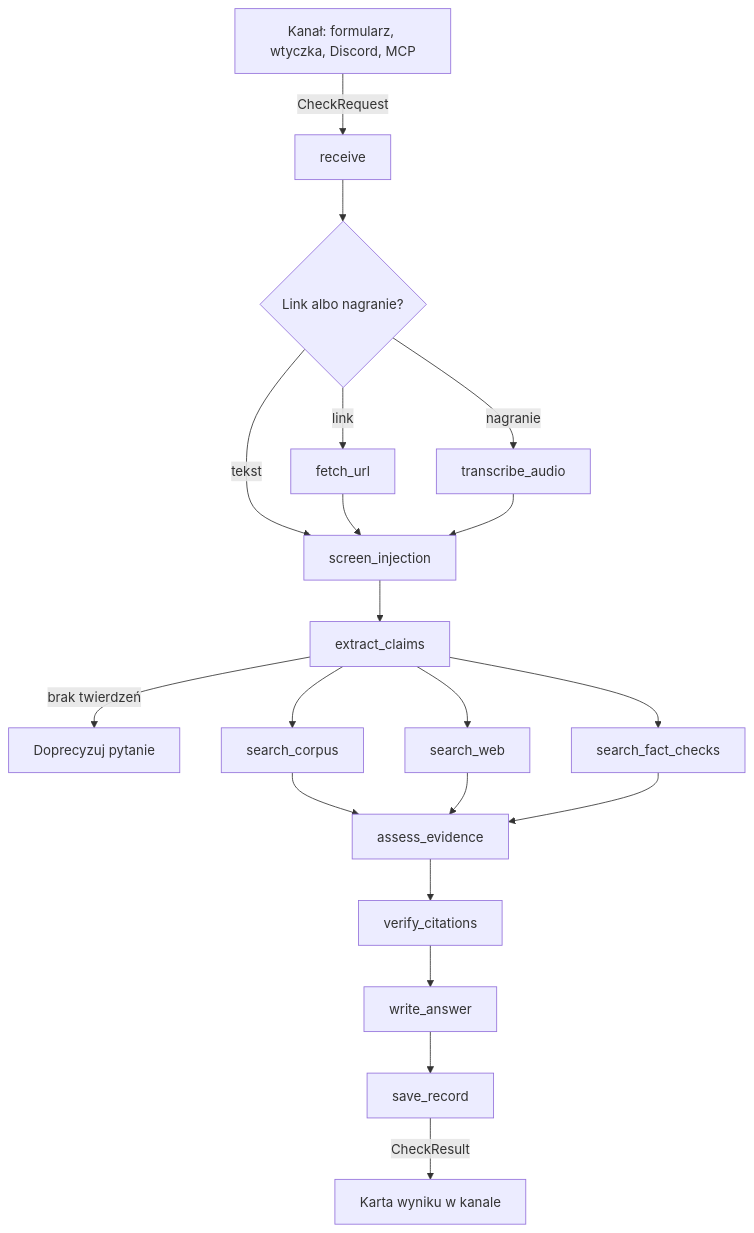
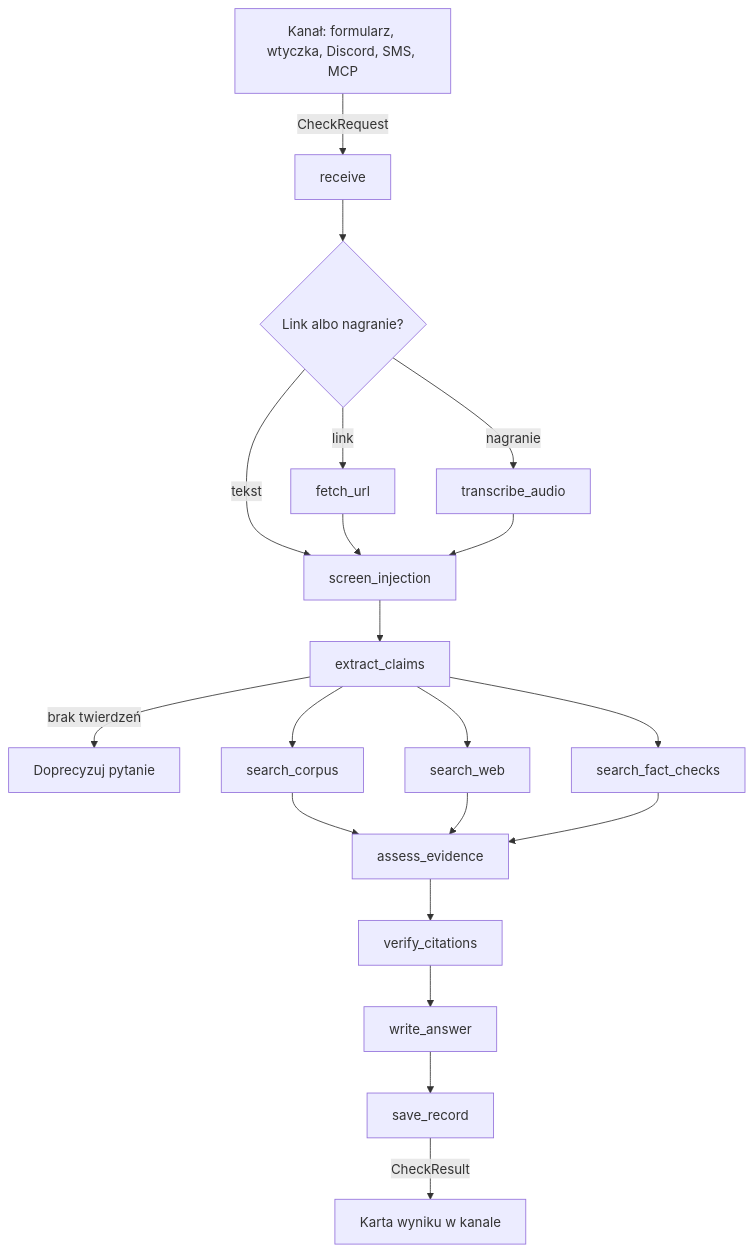
One commit to Meritum-HackNation2026/meritum-docs changed the first of 2 diagrams in docs/jak-dziala/sprawdzenie.md. Above: the diagram before and after it, drawn with Mermaid. The commit also changed other lines of this file and 15 other files, not shown here.

````diff
--- a/docs/jak-dziala/sprawdzenie.md
+++ b/docs/jak-dziala/sprawdzenie.md
@@ -38,22 +63,22 @@
 ```mermaid
 flowchart TD
-  IN["Kanał: formularz, wtyczka, Discord, MCP"] -->|CheckRequest| R[receive]
+  IN["Kanał: formularz, wtyczka, Discord, SMS, MCP"] -->|CheckRequest| R[receive]
   R --> U{"Link albo nagranie?"}
   U -->|link| F[fetch_url]
   U -->|nagranie| T[transcribe_audio]
   U -->|tekst| S
   F --> S[screen_injection]
   T --> S
   S --> X[extract_claims]
   X -->|brak twierdzeń| NC["Doprecyzuj pytanie"]
   X --> C[search_corpus]
   X --> W[search_web]
   X --> K[search_fact_checks]
   C --> A[assess_evidence]
   W --> A
   K --> A
   A --> V[verify_citations]
   V --> AN[write_answer]
   AN --> SR[save_record]
   SR -->|CheckResult| OUT["Karta wyniku w kanale"]
 ```
````
